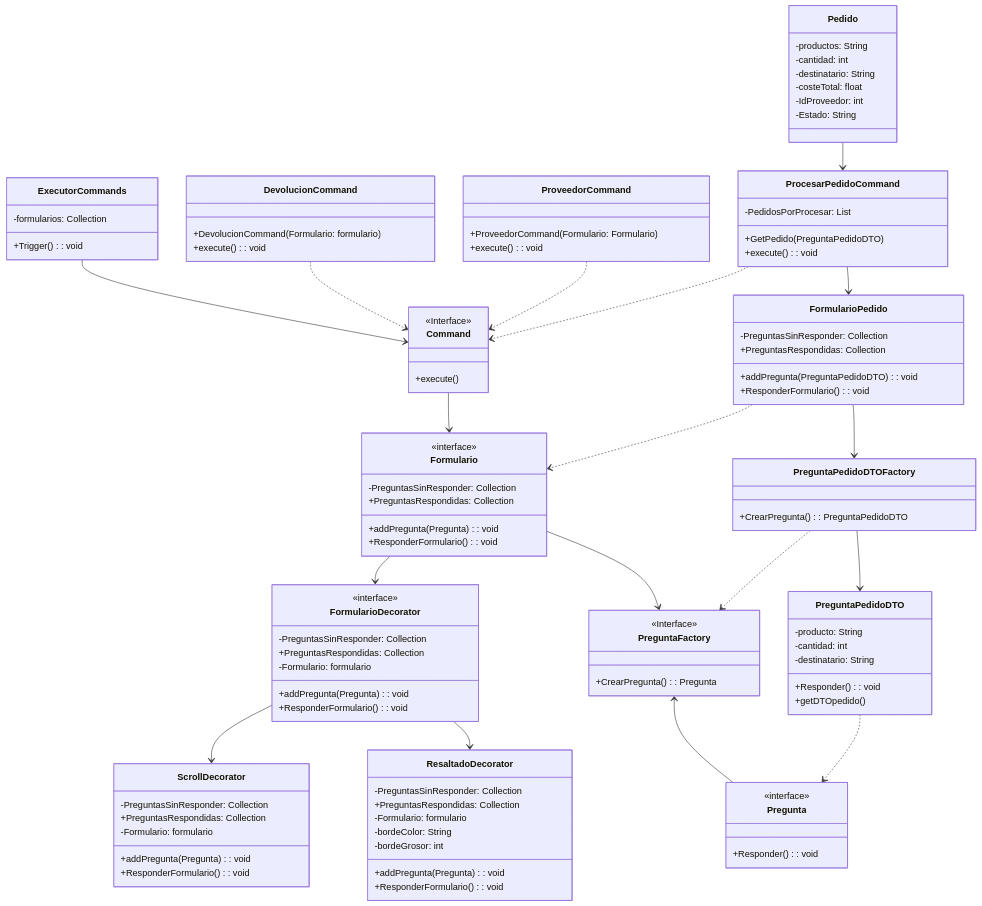
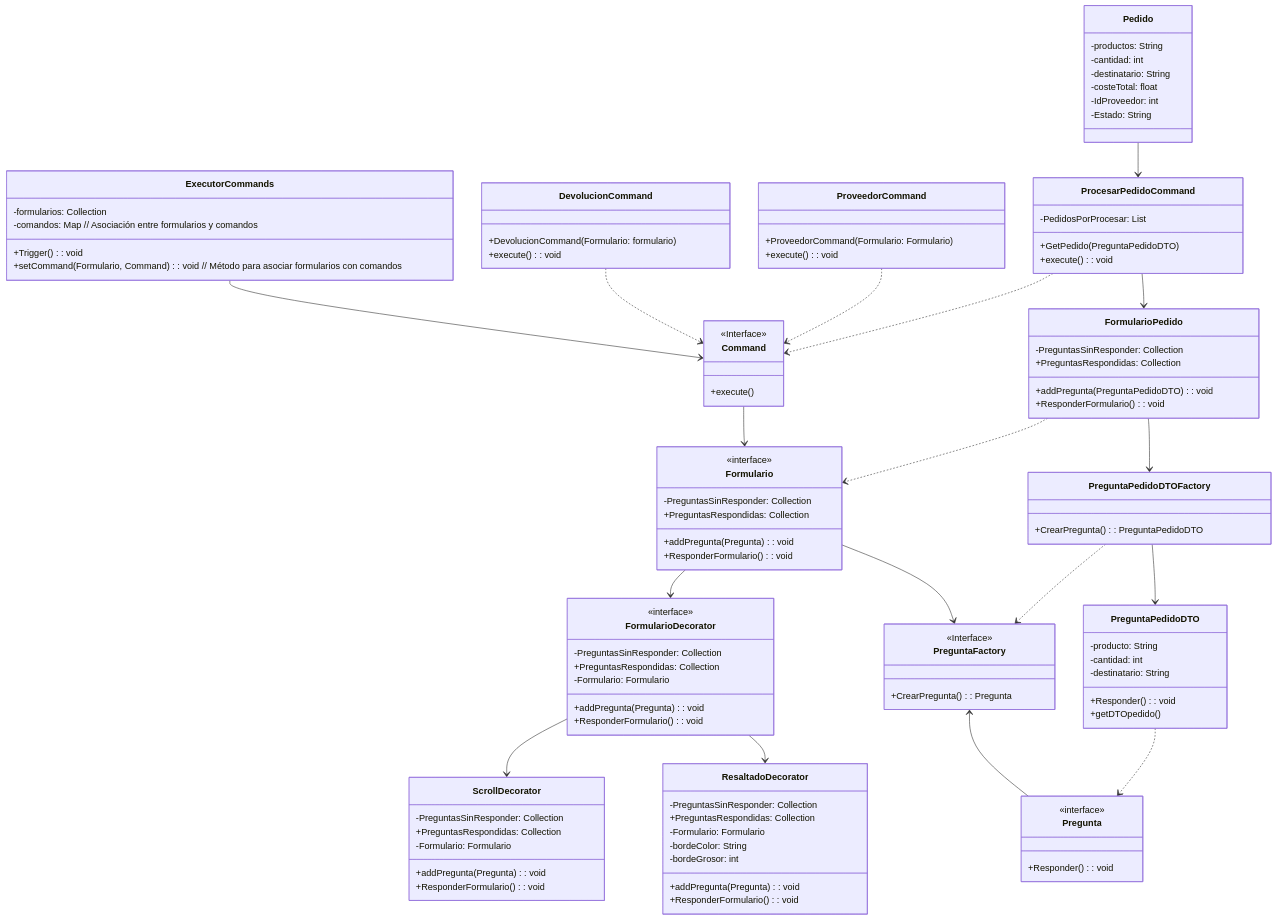
Before and after one commit to craboftw/DistribuidoraDSS: the second of 2 diagrams in README.md, drawn with Mermaid. The commit also changed other lines of this file, not shown here.

````diff
--- a/README.md
+++ b/README.md
@@ -94,7 +94,9 @@
 
 class ExecutorCommands {
     -formularios: Collection<Formulario>
+    -comandos: Map<Formulario, Command>  // Asociación entre formularios y comandos
     +Trigger(): void
+    +setCommand(Formulario, Command): void  // Método para asociar formularios con comandos
 }
 
 class ProcesarPedidoCommand {
@@ -158,7 +160,7 @@
     <<interface>>
     -PreguntasSinResponder: Collection<Pregunta>
     +PreguntasRespondidas: Collection<Pregunta>
-    -Formulario: formulario
+    -Formulario: Formulario
     +addPregunta(Pregunta): void
     +ResponderFormulario(): void
 }
@@ -166,7 +168,7 @@
 class ScrollDecorator {
     -PreguntasSinResponder: Collection<Pregunta>
     +PreguntasRespondidas: Collection<Pregunta>
-    -Formulario: formulario
+    -Formulario: Formulario  
     +addPregunta(Pregunta): void
     +ResponderFormulario(): void
 }
@@ -174,7 +176,7 @@
 class ResaltadoDecorator {
     -PreguntasSinResponder: Collection<Pregunta>
     +PreguntasRespondidas: Collection<Pregunta>
-    -Formulario: formulario
+    -Formulario: Formulario 
     -bordeColor: String
     -bordeGrosor: int
     +addPregunta(Pregunta): void
@@ -204,4 +206,5 @@
 PreguntaPedidoDTOFactory ..> PreguntaFactory
 
 
+
 ```
````
